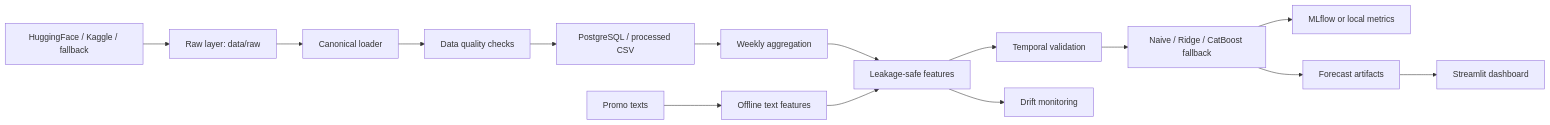
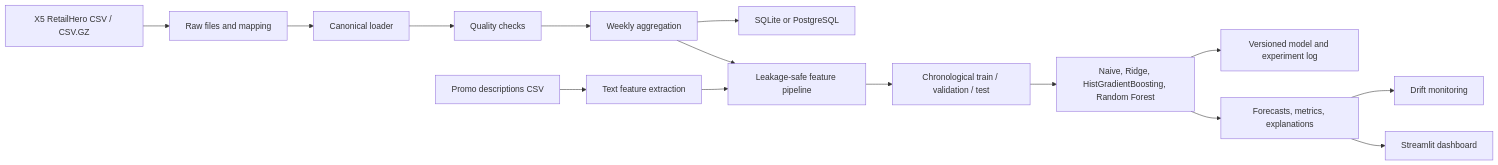
One commit to Maksimator05/PP changed the diagram in docs/architecture.md. Above: the diagram before and after it, drawn with Mermaid. The commit also changed other lines of this file and 33 other files, not shown here.

````diff
--- a/docs/architecture.md
+++ b/docs/architecture.md
@@ -5,17 +5,17 @@
 ```mermaid
 flowchart LR
-    A[HuggingFace / Kaggle / fallback] --> B[Raw layer: data/raw]
-    B --> C[Canonical loader]
-    C --> D[Data quality checks]
-    D --> E[PostgreSQL / processed CSV]
-    E --> F[Weekly aggregation]
-    G[Promo texts] --> H[Offline text features]
-    F --> I[Leakage-safe features]
-    H --> I
-    I --> J[Temporal validation]
-    J --> K[Naive / Ridge / CatBoost fallback]
-    K --> L[MLflow or local metrics]
-    K --> M[Forecast artifacts]
-    I --> N[Drift monitoring]
+    A[X5 RetailHero CSV / CSV.GZ] --> B[Raw files and mapping]
+    C[Promo descriptions CSV] --> D[Text feature extraction]
+    B --> E[Canonical loader]
+    E --> F[Quality checks]
+    F --> G[Weekly aggregation]
+    G --> H[SQLite or PostgreSQL]
+    G --> I[Leakage-safe feature pipeline]
+    D --> I
+    I --> J[Chronological train / validation / test]
+    J --> K[Naive, Ridge, HistGradientBoosting, Random Forest]
+    K --> L[Versioned model and experiment log]
+    K --> M[Forecasts, metrics, explanations]
+    M --> N[Drift monitoring]
     M --> O[Streamlit dashboard]
 ```
````
